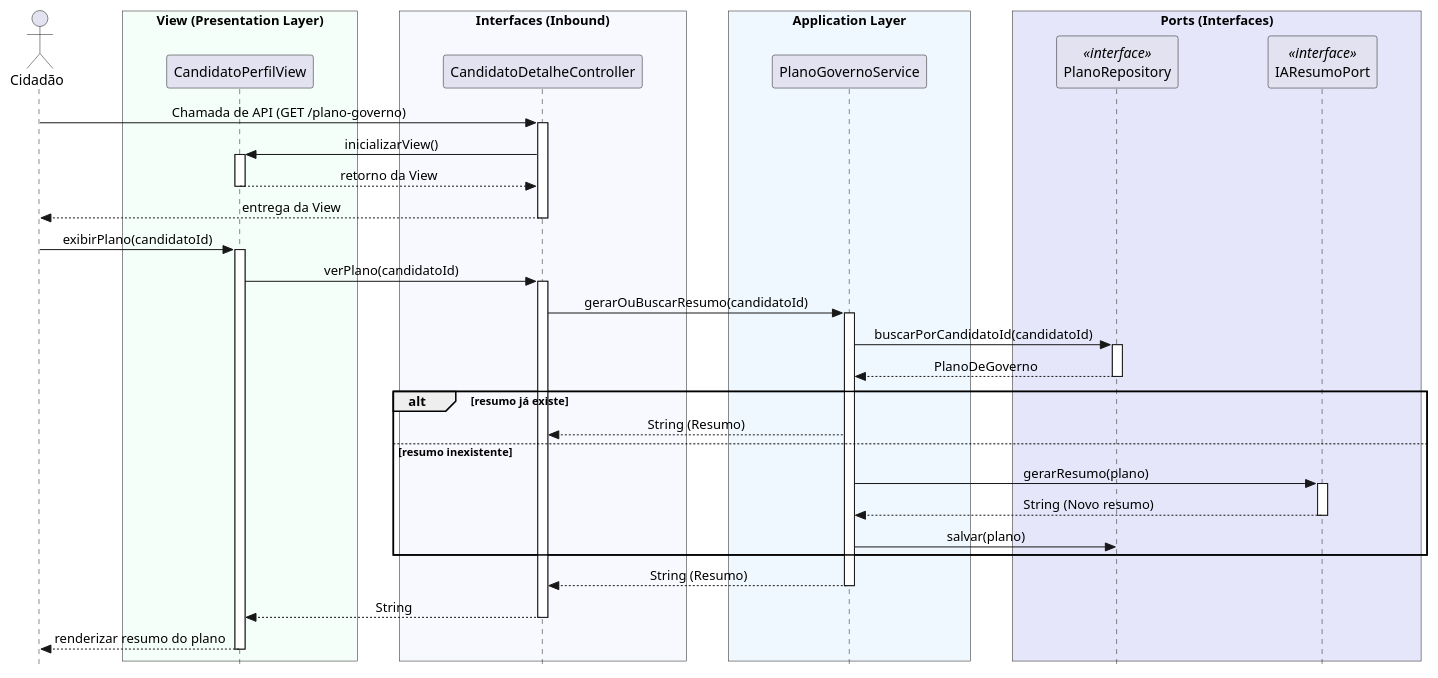
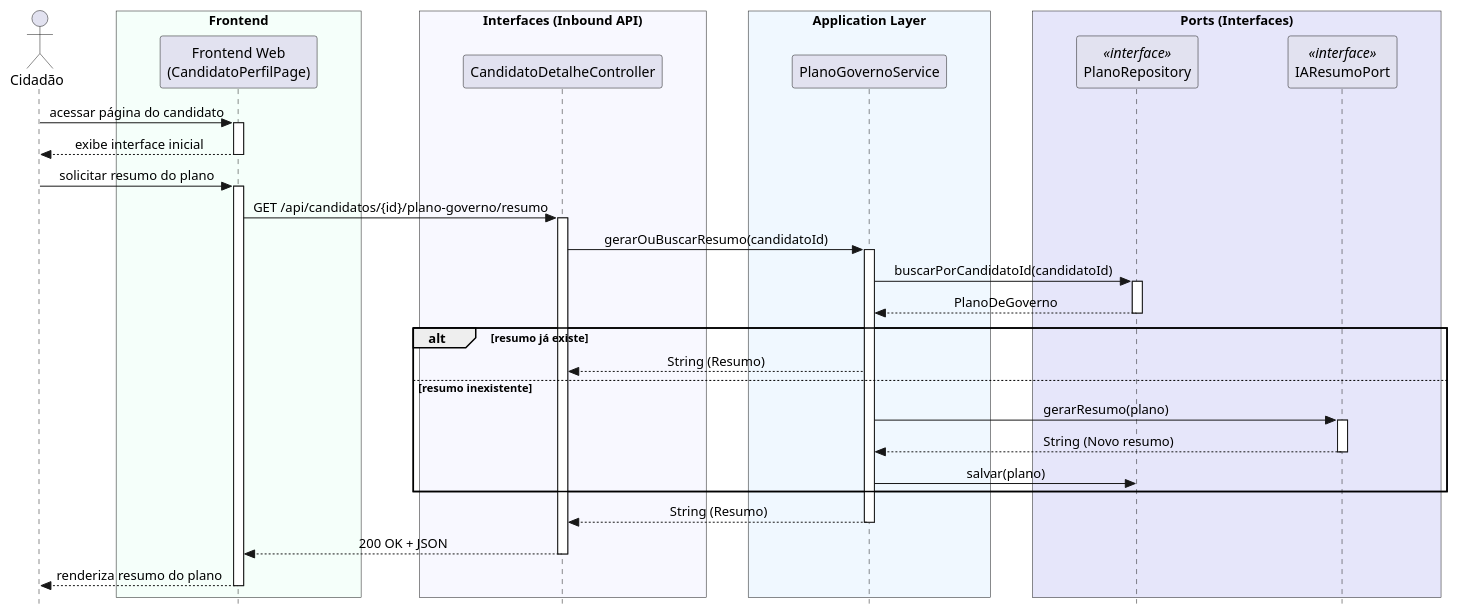
One commit to gabrielfaravola/ProjetoEngenharia changed the diagram in Documentação/04 - Implementação/Diagramas_de_Sequência_de_Implementação/UC4.md. Above: the diagram before and after it, drawn with PlantUML. The commit also changed other lines of this file, not shown here.

````diff
--- a/Documentação/04 - Implementação/Diagramas_de_Sequência_de_Implementação/UC4.md
+++ b/Documentação/04 - Implementação/Diagramas_de_Sequência_de_Implementação/UC4.md
@@ -6,76 +6,70 @@
 ```plantuml
 @startuml
 skinparam style strictuml
 skinparam sequenceMessageAlign center
 skinparam ParticipantPadding 40
 skinparam ParticipantMinWidth 140
 skinparam BoxPadding 20
 
 actor "Cidadão" as User
 
-box "View (Presentation Layer)" #MintCream
-participant "CandidatoPerfilView" as View
+box "Frontend" #MintCream
+participant "Frontend Web\n(CandidatoPerfilPage)" as Front
 end box
 
-box "Interfaces (Inbound)" #GhostWhite
+box "Interfaces (Inbound API)" #GhostWhite
 participant "CandidatoDetalheController" as Ctrl
 end box
 
 box "Application Layer" #AliceBlue
 participant "PlanoGovernoService" as Service
 end box
 
 box "Ports (Interfaces)" #Lavender
 participant "PlanoRepository" as Repo <<interface>>
 participant "IAResumoPort" as IA <<interface>>
 end box
 
-' --- INTERAÇÃO INICIAL DE ACESSO (CHAMADA DE API) ---
-User -> Ctrl : Chamada de API (GET /plano-governo)
-activate Ctrl
+' --- Carregamento inicial da página ---
+User -> Front : acessar página do candidato
+activate Front
+Front --> User : exibe interface inicial
+deactivate Front
 
-Ctrl -> View : inicializarView()
-activate View
-View --> Ctrl : retorno da View
-deactivate View
+' --- Requisição do resumo do plano de governo ---
+User -> Front : solicitar resumo do plano
+activate Front
 
-Ctrl --> User : entrega da View
-deactivate Ctrl
-
-' --- FLUXO ORIGINAL DE PROCESSAMENTO ---
-User -> View : exibirPlano(candidatoId)
-activate View
-
-View -> Ctrl : verPlano(candidatoId)
+Front -> Ctrl : GET /api/candidatos/{id}/plano-governo/resumo
 activate Ctrl
 
 Ctrl -> Service : gerarOuBuscarResumo(candidatoId)
 activate Service
 
 Service -> Repo : buscarPorCandidatoId(candidatoId)
 activate Repo
 Repo --> Service : PlanoDeGoverno
 deactivate Repo
 
 alt resumo já existe
     Service --> Ctrl : String (Resumo)
 else resumo inexistente
     Service -> IA : gerarResumo(plano)
     activate IA
     IA --> Service : String (Novo resumo)
     deactivate IA
 
     Service -> Repo : salvar(plano)
 end
 
 Service --> Ctrl : String (Resumo)
 deactivate Service
 
-Ctrl --> View : String
+Ctrl --> Front : 200 OK + JSON
 deactivate Ctrl
 
-View --> User : renderizar resumo do plano
-deactivate View
+Front --> User : renderiza resumo do plano
+deactivate Front
 
 @enduml
 ```
````
